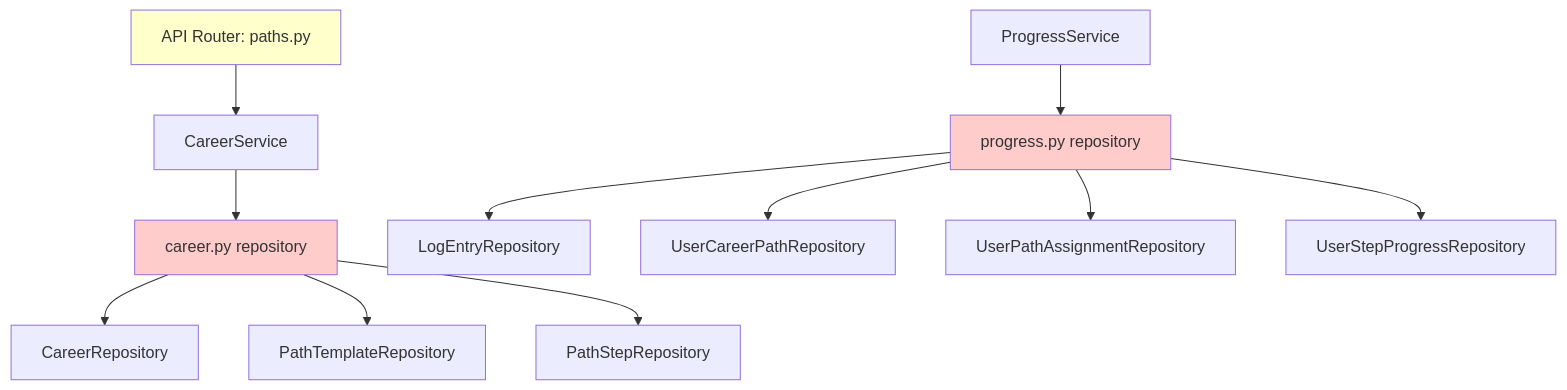
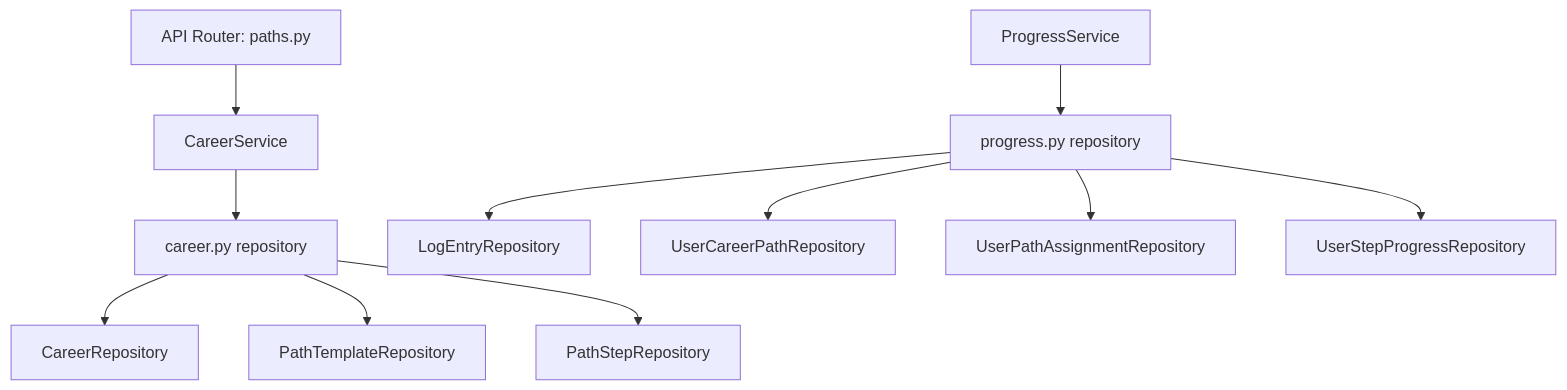
Before and after one commit to ELC/upskilling: the first of 3 diagrams in docs/changes_from_improve-dependency-injection_to_subdive-services.md, drawn with Mermaid. The commit also changed other lines of this file, not shown here.

````diff
--- a/docs/changes_from_improve-dependency-injection_to_subdive-services.md
+++ b/docs/changes_from_improve-dependency-injection_to_subdive-services.md
@@ -35,18 +35,14 @@
 ```mermaid
 graph TD
     A[API Router: paths.py] --> B[CareerService]
     B --> C[career.py repository]
     C --> D[CareerRepository]
     C --> E[PathTemplateRepository]
     C --> F[PathStepRepository]
     
     G[ProgressService] --> H[progress.py repository]
     H --> I[LogEntryRepository]
     H --> J[UserCareerPathRepository]
     H --> K[UserPathAssignmentRepository]
     H --> L[UserStepProgressRepository]
-    
-    style C fill:#ffcccc
-    style H fill:#ffcccc
-    style A fill:#ffffcc
 ```
````
